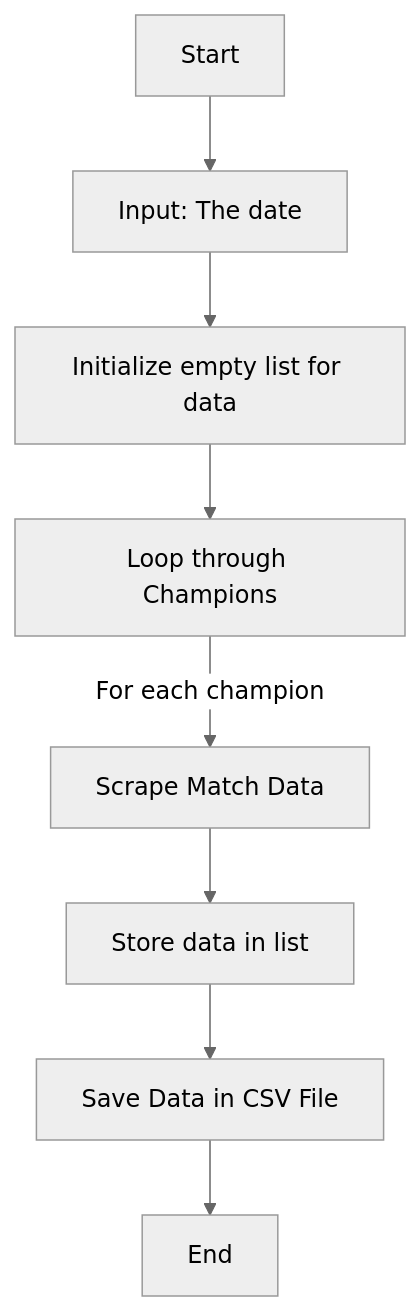
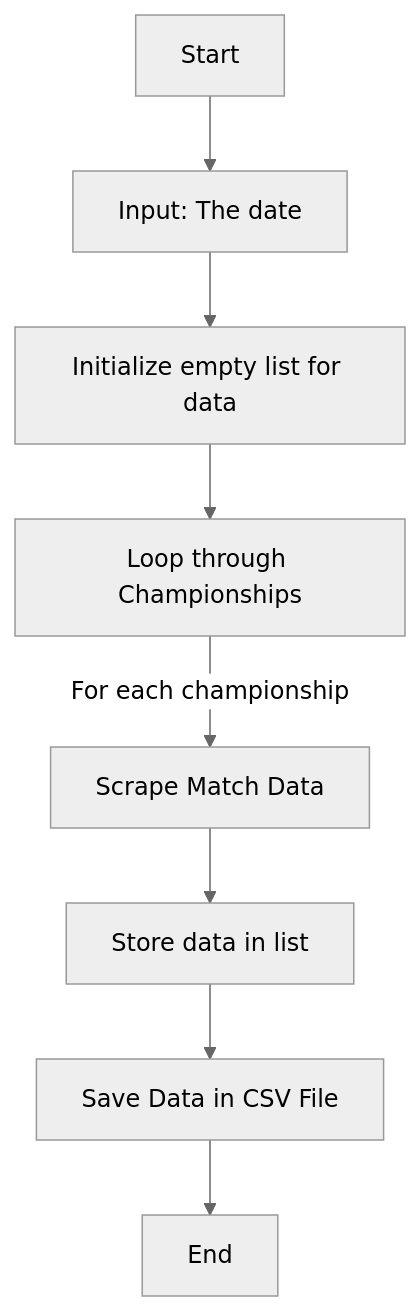
Before and after one commit to 3iraqi/yalla_cora_web_scrapping: the diagram in README.md, drawn with Mermaid (neutral theme).

````diff
--- a/README.md
+++ b/README.md
@@ -5,10 +5,10 @@
 ```mermaid
 graph TD;
     A[Start] --> B[Input: The date]
     B --> C[Initialize empty list for data]
-    C --> D[Loop through Champions]
-    D -->|For each champion| E[Scrape Match Data]
+    C --> D[Loop through Championships]
+    D -->|For each championship| E[Scrape Match Data]
     E --> F[Store data in list]
     F --> H[Save  Data in CSV File]
     H --> I[End]
 ```
````
